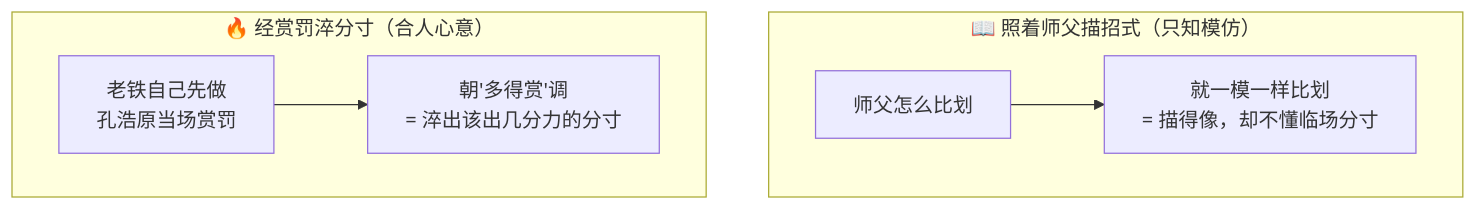
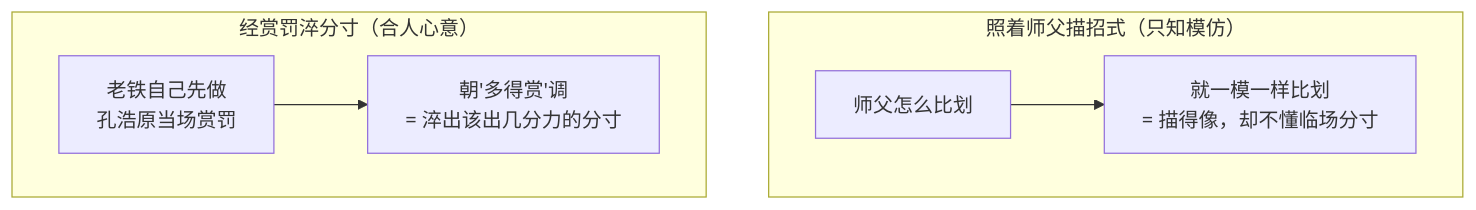
The third of 3 diagrams in docs/09_STORY_修仙学AI/STORY-番外/[STORY-番外-112] 番外13·赏罚淬心·万炼归真.md (luckykhy/KhyAiHub), drawn with Mermaid before and after one commit. The commit also changed other lines of this file and 19 other files, not shown here.

````diff
--- a/docs/09_STORY_修仙学AI/STORY-番外/[STORY-番外-112] 番外13·赏罚淬心·万炼归真.md
+++ b/docs/09_STORY_修仙学AI/STORY-番外/[STORY-番外-112] 番外13·赏罚淬心·万炼归真.md
@@ -125,9 +125,9 @@
 ```mermaid
 flowchart TB
-  subgraph 描招["📖 照着师父描招式（只知模仿）"]
+  subgraph 描招["照着师父描招式（只知模仿）"]
     M1["师父怎么比划"] --> M2["就一模一样比划<br/>= 描得像，却不懂临场分寸"]
   end
-  subgraph 淬心["🔥 经赏罚淬分寸（合人心意）"]
+  subgraph 淬心["经赏罚淬分寸（合人心意）"]
     R1["老铁自己先做<br/>孔浩原当场赏罚"] --> R2["朝'多得赏'调<br/>= 淬出该出几分力的分寸"]
   end
 ```
````
